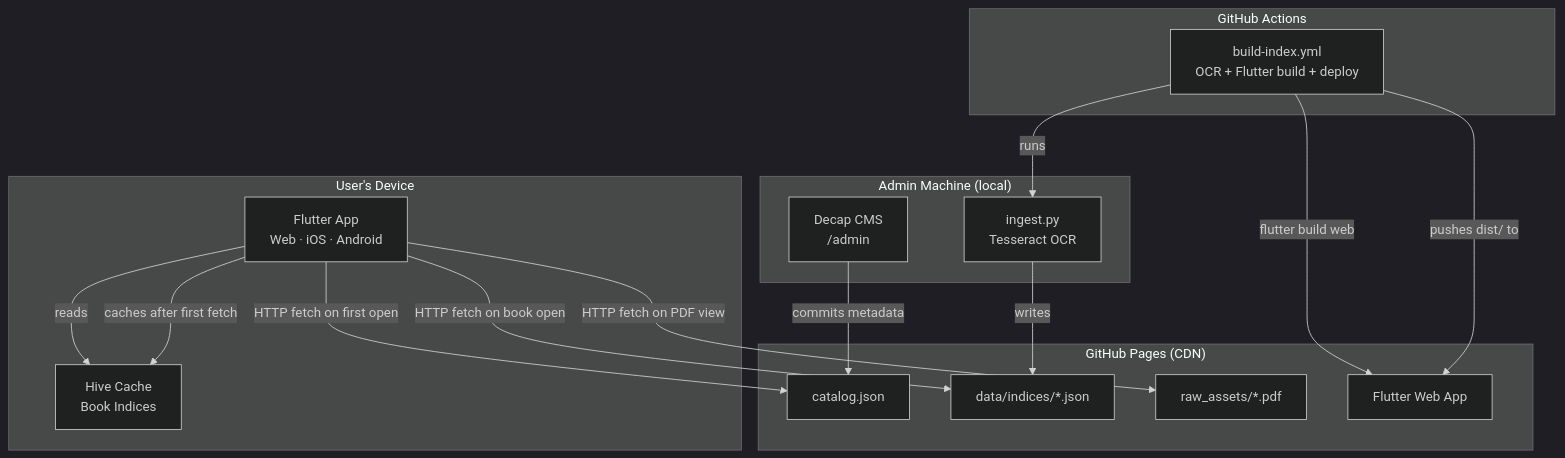
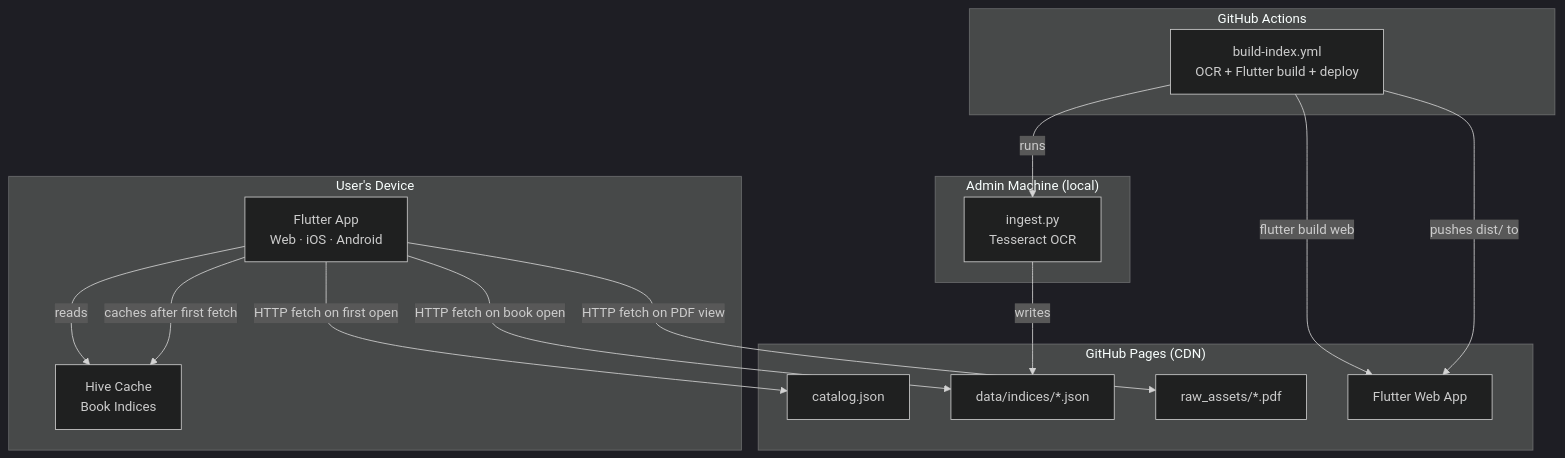
Before and after one commit to ghiridhars/intelligent-pwa-library: the diagram in docs/architecture.md, drawn with Mermaid (dark theme). The commit also changed other lines of this file and 11 other files, not shown here.

Commit message:
Refactor documentation and remove Decap CMS configuration for developer-managed content operations

````diff
--- a/docs/architecture.md
+++ b/docs/architecture.md
@@ -7,35 +7,33 @@
 ```mermaid
 graph TD
     subgraph "User's Device"
         A[Flutter App\nWeb · iOS · Android]
         B[Hive Cache\nBook Indices]
         A -->|reads| B
     end
 
     subgraph "GitHub Pages (CDN)"
         C[catalog.json]
         D[data/indices/*.json]
         E[raw_assets/*.pdf]
         F[Flutter Web App]
     end
 
     subgraph "Admin Machine (local)"
-        G[ingest.py\nTesseract OCR]
-        H[Decap CMS\n/admin]
+      G[ingest.py\nTesseract OCR]
     end
 
     subgraph "GitHub Actions"
         I[build-index.yml\nOCR + Flutter build + deploy]
     end
 
     A -->|HTTP fetch on first open| C
     A -->|HTTP fetch on book open| D
     A -->|HTTP fetch on PDF view| E
     A -->|caches after first fetch| B
 
     G -->|writes| D
-    H -->|commits metadata| C
     I -->|runs| G
     I -->|flutter build web| F
     I -->|pushes dist/ to| F
 ```
````
